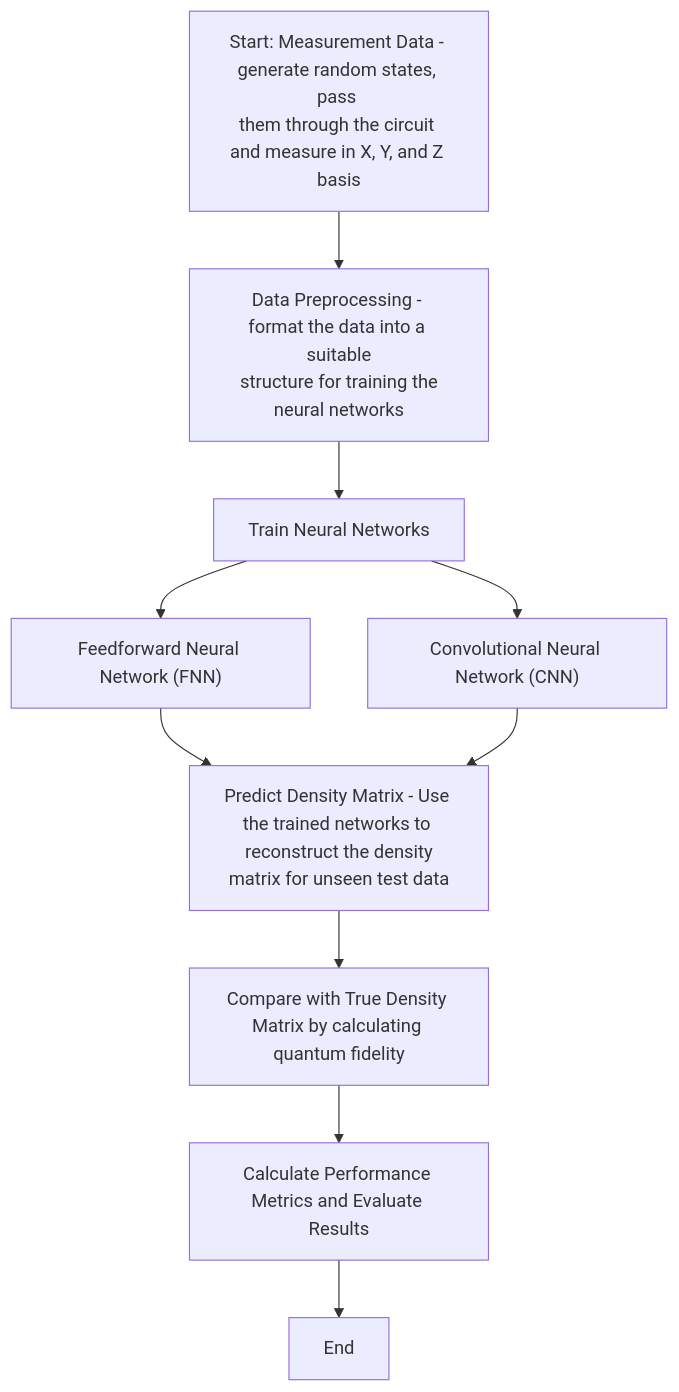
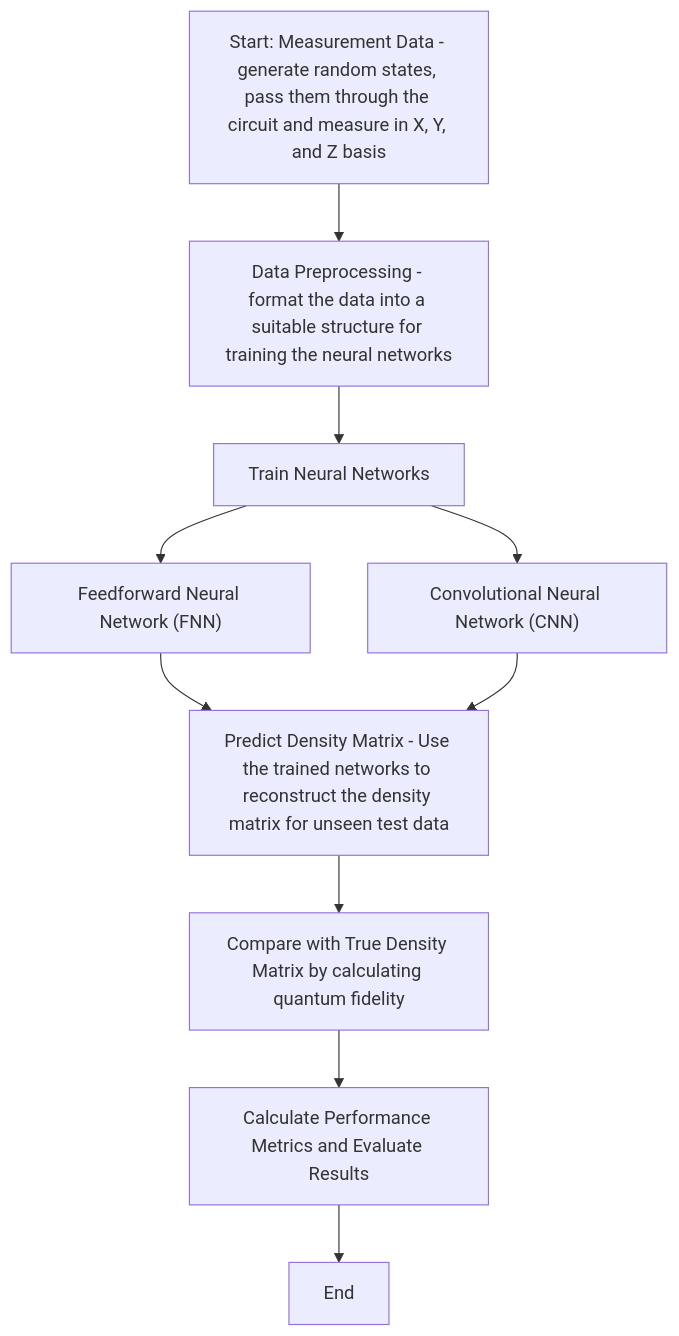
The diagram in README.md (VladimirK909/basic-quantum-state-tomography-with-ai), drawn with Mermaid before and after one commit.

````diff
--- a/README.md
+++ b/README.md
@@ -76,12 +76,12 @@
 ```mermaid
 flowchart TD
-    A["Start: Measurement Data - generate random states, pass <br>them through the circuit and measure in X, Y, and Z basis"] --> B["Data Preprocessing - format the data into a suitable<br> structure for training the neural networks"]
+    A["Start: Measurement Data - generate random states, pass them through the circuit and measure in X, Y, and Z basis"] --> B["Data Preprocessing - format the data into a suitable structure for training the neural networks"]
     B --> D["Train Neural Networks"]
     D --> D1["Feedforward Neural Network (FNN)"]
     D --> D2["Convolutional Neural Network (CNN)"]
     D1 --> E["Predict Density Matrix (FNN)"]
-    D2 --> E["Predict Density Matrix - Use the trained networks to <br> reconstruct the density matrix for unseen test data"]
+    D2 --> E["Predict Density Matrix - Use the trained networks to reconstruct the density matrix for unseen test data"]
     E --> F["Compare with True Density Matrix by calculating quantum fidelity"]
     F --> G["Calculate Performance Metrics and Evaluate Results"]
     G --> H["End"]
 ```
````
